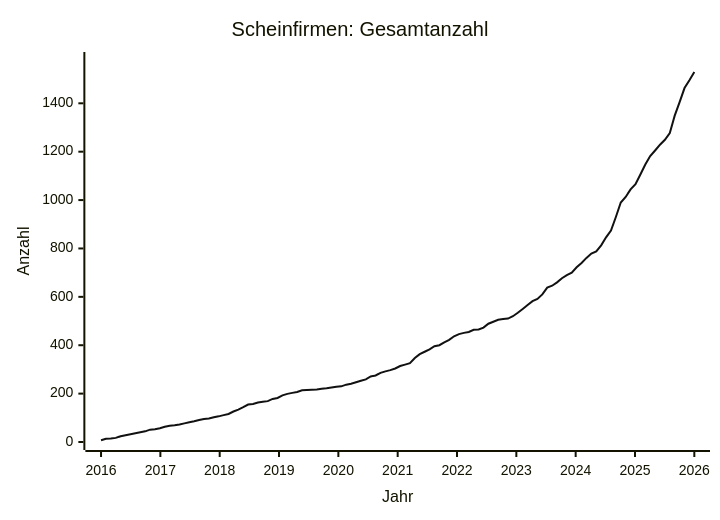
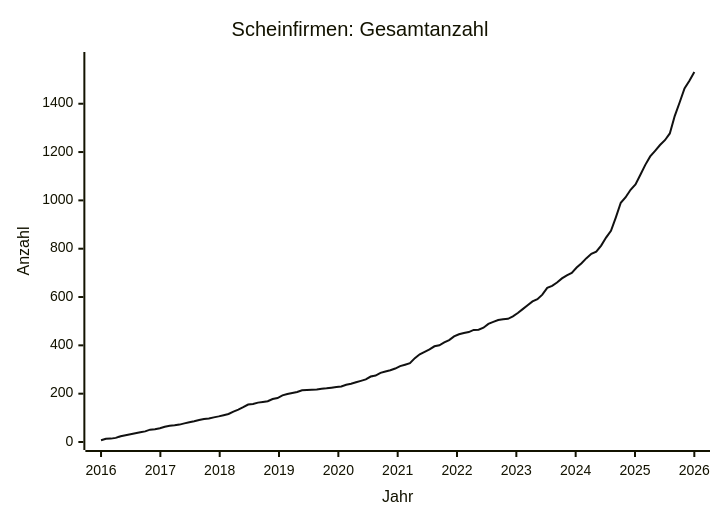
Before and after one commit to arjoma/scheinfirmen-at: the diagram in data/STATS.md, drawn with Mermaid. The commit also changed other lines of this file and 3 other files, not shown here.

````diff
--- a/data/STATS.md
+++ b/data/STATS.md
@@ -9,13 +9,13 @@
 ```mermaid
 ---
 config:
   themeVariables:
     xyChart:
       plotColorPalette: "#111111"
 ---
 xychart-beta
     title "Scheinfirmen: Gesamtanzahl"
     x-axis "Jahr" 2016 --> 2026
-    y-axis "Anzahl" 0 --> 1579
-    line [7, 13, 14, 17, 24, 28, 32, 36, 40, 44, 51, 53, 57, 63, 67, 69, 72, 77, 82, 86, 91, 95, 97, 102, 106, 111, 116, 126, 134, 144, 155, 157, 163, 166, 169, 178, 182, 193, 199, 203, 207, 214, 215, 216, 217, 220, 222, 225, 228, 230, 237, 241, 247, 253, 259, 271, 275, 286, 292, 297, 304, 314, 320, 326, 347, 363, 373, 383, 396, 400, 412, 422, 437, 446, 451, 455, 464, 465, 473, 489, 497, 505, 508, 510, 520, 534, 550, 566, 582, 591, 610, 638, 646, 660, 677, 690, 700, 722, 740, 761, 779, 788, 813, 846, 874, 930, 990, 1013, 1044, 1066, 1106, 1147, 1182, 1205, 1229, 1249, 1277, 1349, 1405, 1463, 1495, 1529]
+    y-axis "Anzahl" 0 --> 1581
+    line [7, 13, 14, 17, 24, 28, 32, 36, 40, 44, 51, 53, 57, 63, 67, 69, 72, 77, 82, 86, 91, 95, 97, 102, 106, 111, 116, 126, 134, 144, 155, 157, 163, 166, 169, 178, 182, 193, 199, 203, 207, 214, 215, 216, 217, 220, 222, 225, 228, 230, 237, 241, 247, 253, 259, 271, 275, 286, 292, 297, 304, 314, 320, 326, 347, 363, 373, 383, 396, 400, 412, 422, 437, 446, 451, 455, 464, 465, 473, 489, 497, 505, 508, 510, 520, 534, 550, 566, 582, 591, 610, 638, 646, 660, 677, 690, 700, 722, 740, 761, 779, 788, 813, 846, 874, 930, 990, 1013, 1044, 1066, 1106, 1147, 1182, 1205, 1229, 1249, 1277, 1349, 1405, 1463, 1495, 1531]
 ```
````
